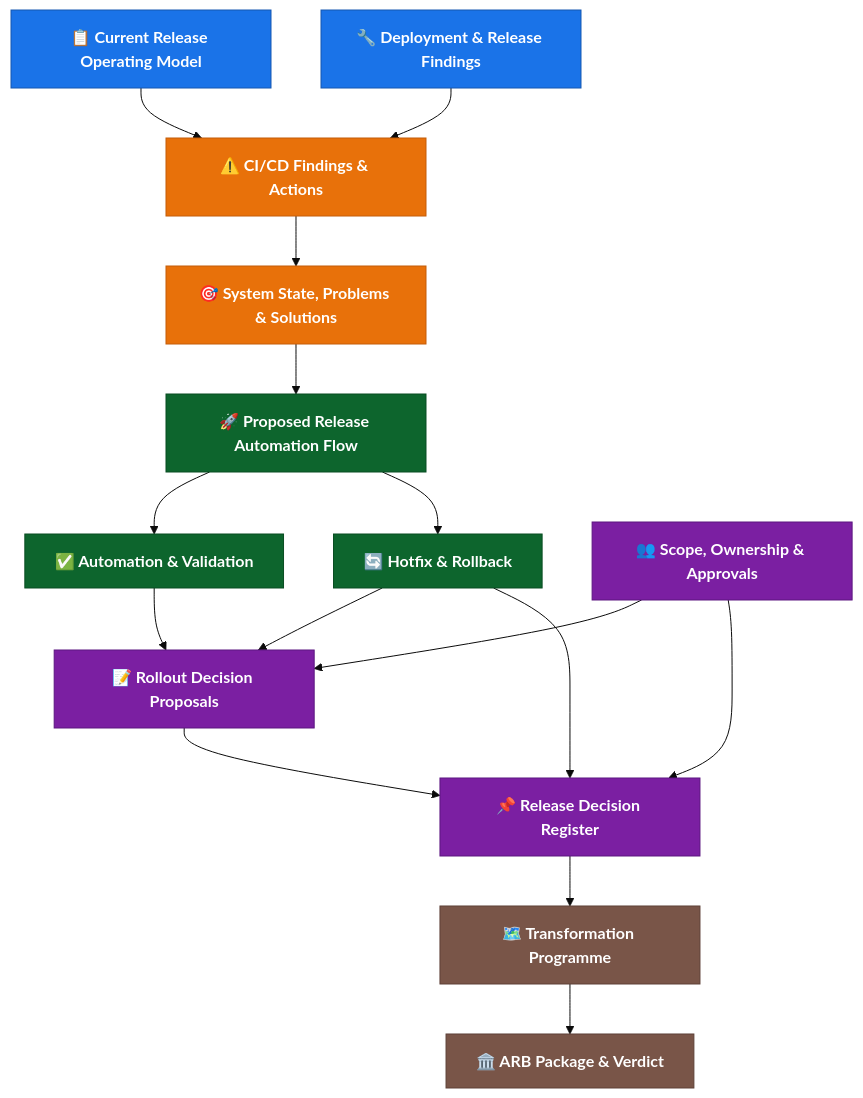
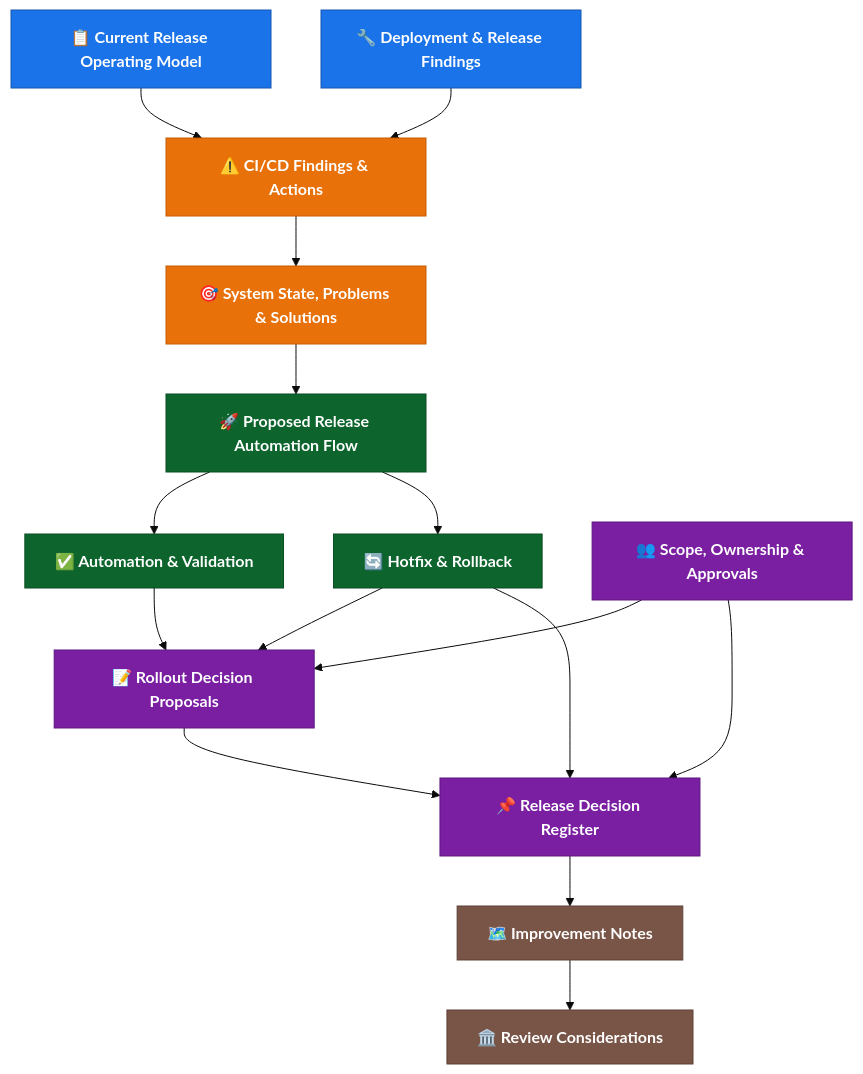
Before and after one commit to benanaktaspusulait/branching-strategy: the diagram in README.md, drawn with Mermaid. The commit also changed other lines of this file and 6 other files, not shown here.

````diff
--- a/README.md
+++ b/README.md
@@ -91,43 +93,43 @@
 ```mermaid
 %%{init: {'theme': 'base', 'themeVariables': {'primaryColor': '#4a90d9', 'primaryTextColor': '#fff', 'primaryBorderColor': '#2c6fad', 'secondaryColor': '#f0f4f8', 'tertiaryColor': '#e8f5e9'}}}%%
 
 flowchart TD
   %% Layer 1
   A["📋 Current Release Operating Model"]:::current
   B["🔧 Deployment & Release Findings"]:::current
 
   %% Layer 2
   C["⚠️ CI/CD Findings & Actions"]:::problem
   D["🎯 System State, Problems & Solutions"]:::problem
 
   %% Layer 3
   E["🚀 Proposed Release Automation Flow"]:::solution
   G["✅ Automation & Validation"]:::solution
   H["🔄 Hotfix & Rollback"]:::solution
   J["👥 Scope, Ownership & Approvals"]:::decision
 
   %% Layer 4
   I["📝 Rollout Decision Proposals"]:::decision
   M["📌 Release Decision Register"]:::decision
 
   %% Layer 5
-  L["🗺️ Transformation Programme"]:::transform
-  N["🏛️ ARB Package & Verdict"]:::transform
+  L["🗺️ Improvement Notes"]:::transform
+  N["🏛️ Review Considerations"]:::transform
 
   %% Relationships
   A & B --> C --> D
   D --> E
   E --> G & H
   G & H & J --> I
   J --> M
   H --> M
   I --> M
   M --> L
   L --> N
 
   classDef current fill:#1a73e8,stroke:#1557b0,color:#fff,font-weight:bold
   classDef problem fill:#e8710a,stroke:#c45d08,color:#fff,font-weight:bold
   classDef solution fill:#0d652d,stroke:#094d22,color:#fff,font-weight:bold
   classDef decision fill:#7b1fa2,stroke:#5c1680,color:#fff,font-weight:bold
   classDef transform fill:#795548,stroke:#5d4037,color:#fff,font-weight:bold
 ```
````
